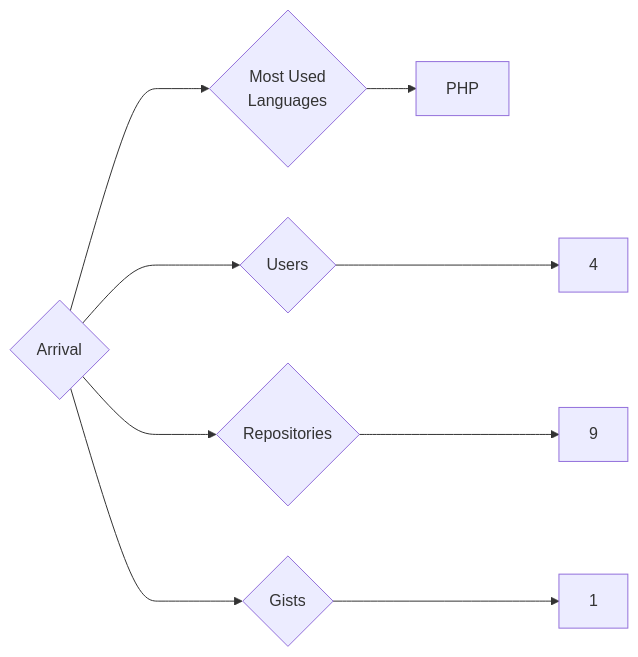
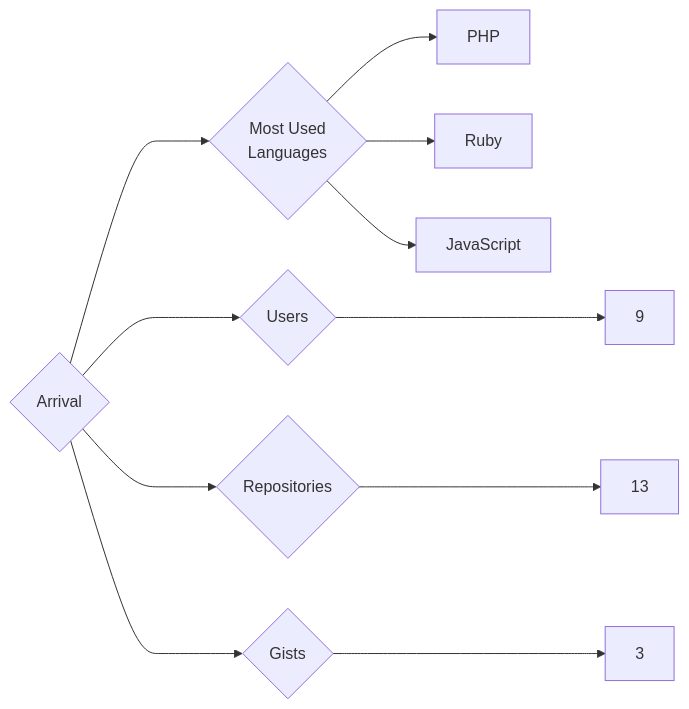
The diagram in targets/Arrival/README.md (trickest/insiders), drawn with Mermaid before and after one commit. The commit also changed 1011 other files, not shown here.

````diff
--- a/targets/Arrival/README.md
+++ b/targets/Arrival/README.md
@@ -3,9 +3,11 @@
 ```mermaid
 graph LR
 COMPANY_NAME{Arrival}
-COMPANY_NAME ---> U{Users} ---> UN[4]
-COMPANY_NAME ---> R{Repositories} ---> RN[9]
-COMPANY_NAME ---> G{Gists} ---> GN[1]
+COMPANY_NAME ---> U{Users} ---> UN[9]
+COMPANY_NAME ---> R{Repositories} ---> RN[13]
+COMPANY_NAME ---> G{Gists} ---> GN[3]
 COMPANY_NAME ---> ML{Most Used<br>Languages}
 ML --> PHP[PHP]
+ML --> Ruby[Ruby]
+ML --> JavaScript[JavaScript]
 ```
````
